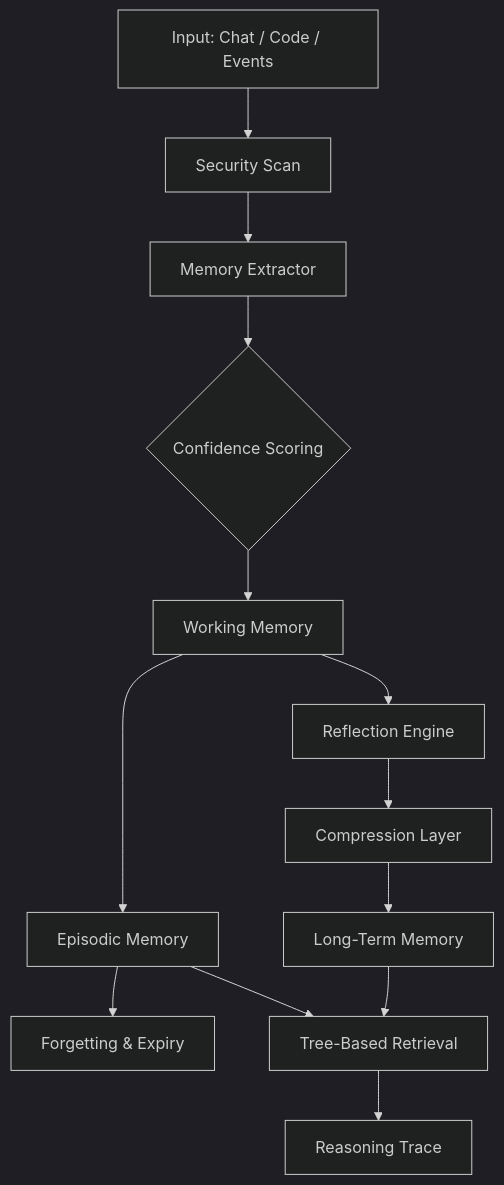
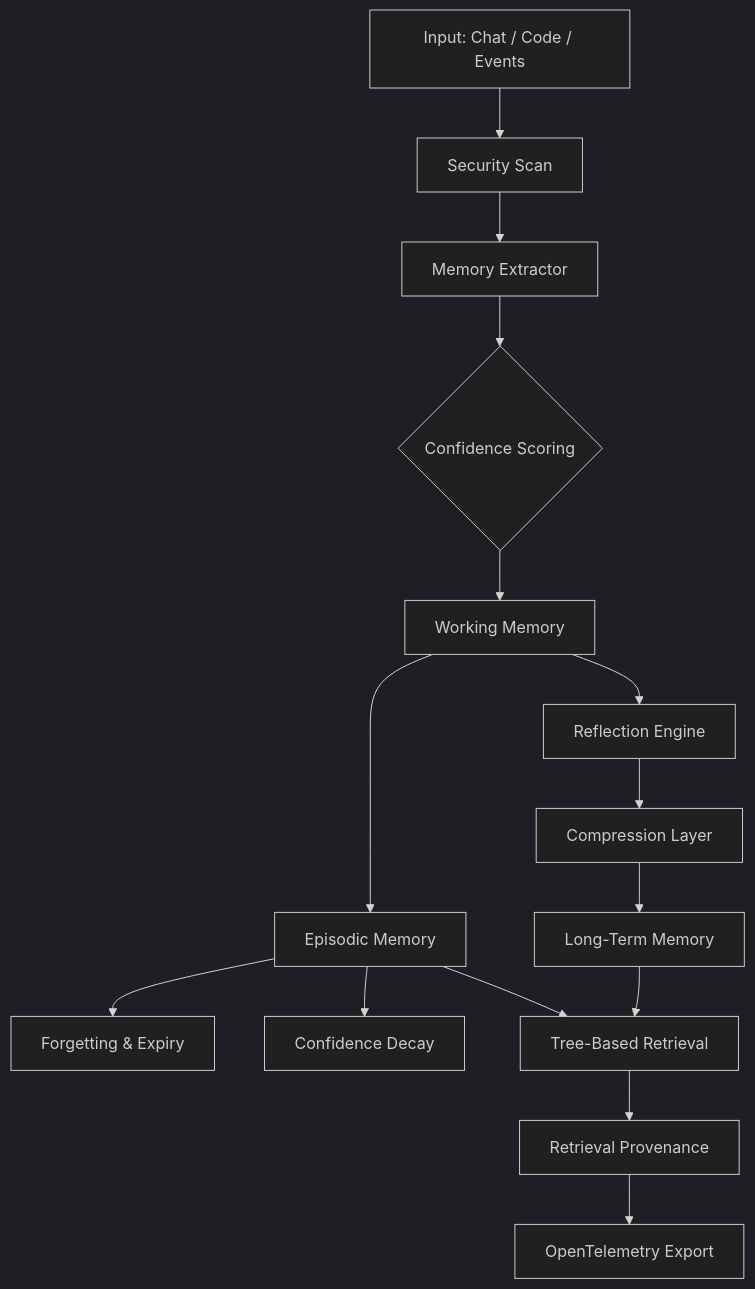
The diagram in README.md (KJ-AIML/memctrl), drawn with Mermaid (dark theme) before and after one commit. The commit also changed other lines of this file, not shown here.

````diff
--- a/README.md
+++ b/README.md
@@ -64,15 +67,17 @@
 ```mermaid
 graph TD
     A[Input: Chat / Code / Events] --> B[Security Scan]
     B --> C[Memory Extractor]
     C --> D{Confidence Scoring}
     D --> E[Working Memory]
     E --> F[Reflection Engine]
     F --> G[Compression Layer]
     G --> H[Long-Term Memory]
     E --> I[Episodic Memory]
     I --> J[Forgetting & Expiry]
-    H --> K[Tree-Based Retrieval]
-    I --> K
-    K --> L[Reasoning Trace]
+    I --> K[Confidence Decay]
+    H --> L[Tree-Based Retrieval]
+    I --> L
+    L --> M[Retrieval Provenance]
+    M --> N[OpenTelemetry Export]
 ```
````
